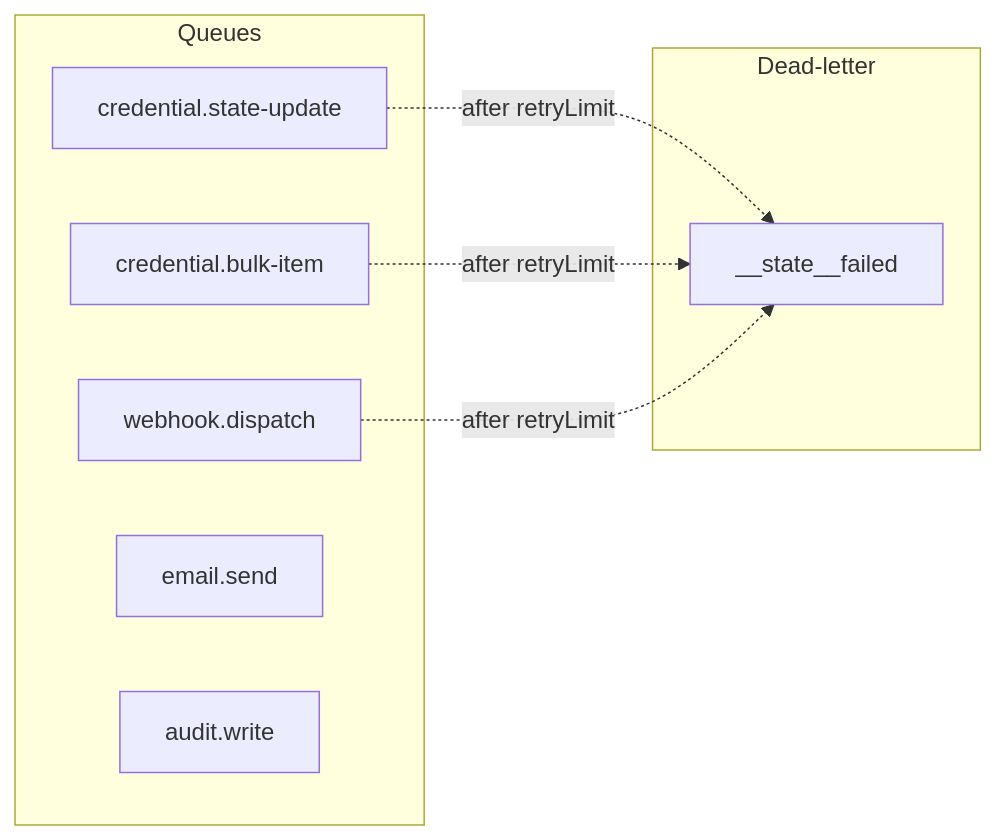
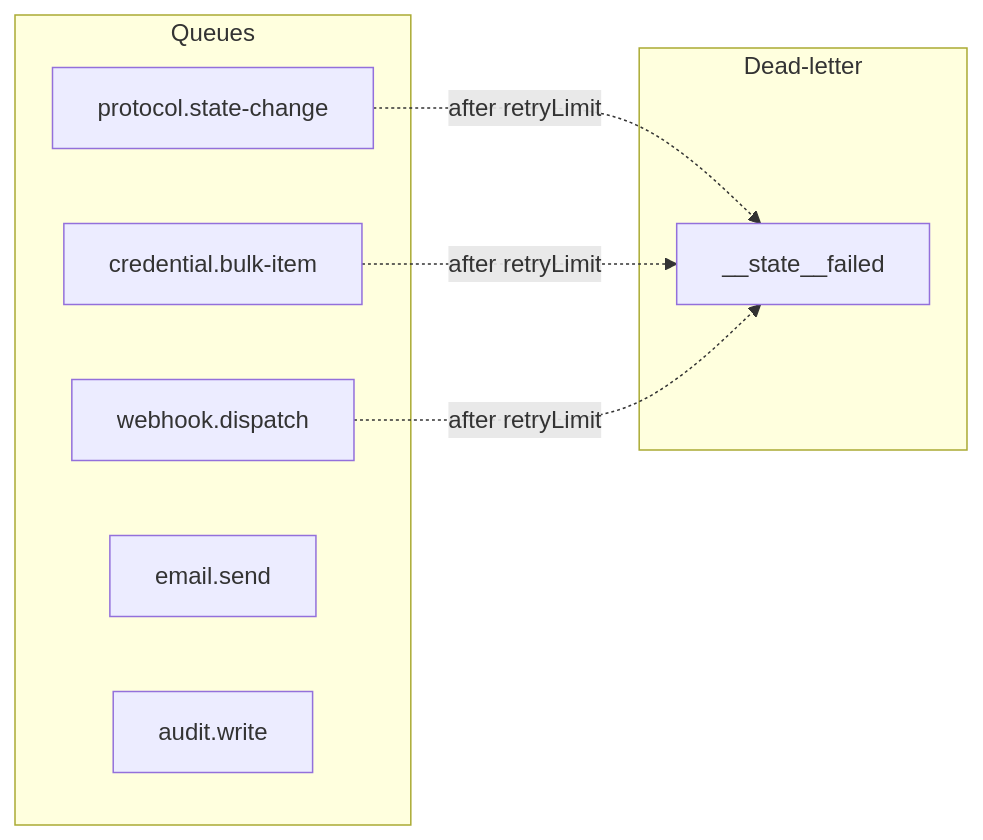
Before and after one commit to bcgov/digital-trust-common-service: diagram 11 of 22 in docs/ARCHITECTURE.md, drawn with Mermaid. The commit also changed other lines of this file and 38 other files, not shown here.

````diff
--- a/docs/ARCHITECTURE.md
+++ b/docs/ARCHITECTURE.md
@@ -853,18 +854,18 @@
 ```mermaid
 graph LR
     subgraph "Queues"
-        CSU[credential.state-update]
+        CSU[protocol.state-change]
         BLK[credential.bulk-item]
         WDQ[webhook.dispatch]
         EML[email.send]
         AUD[audit.write]
     end
 
     subgraph "Dead-letter"
         DLQ[__state__failed]
     end
 
     CSU -.->|after retryLimit| DLQ
     BLK -.->|after retryLimit| DLQ
     WDQ -.->|after retryLimit| DLQ
 ```
````
